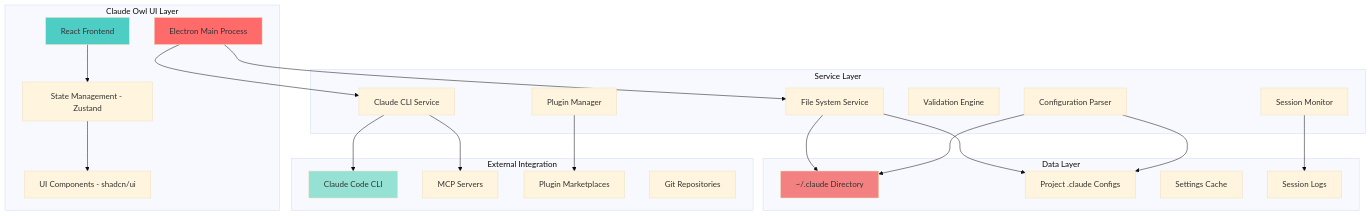
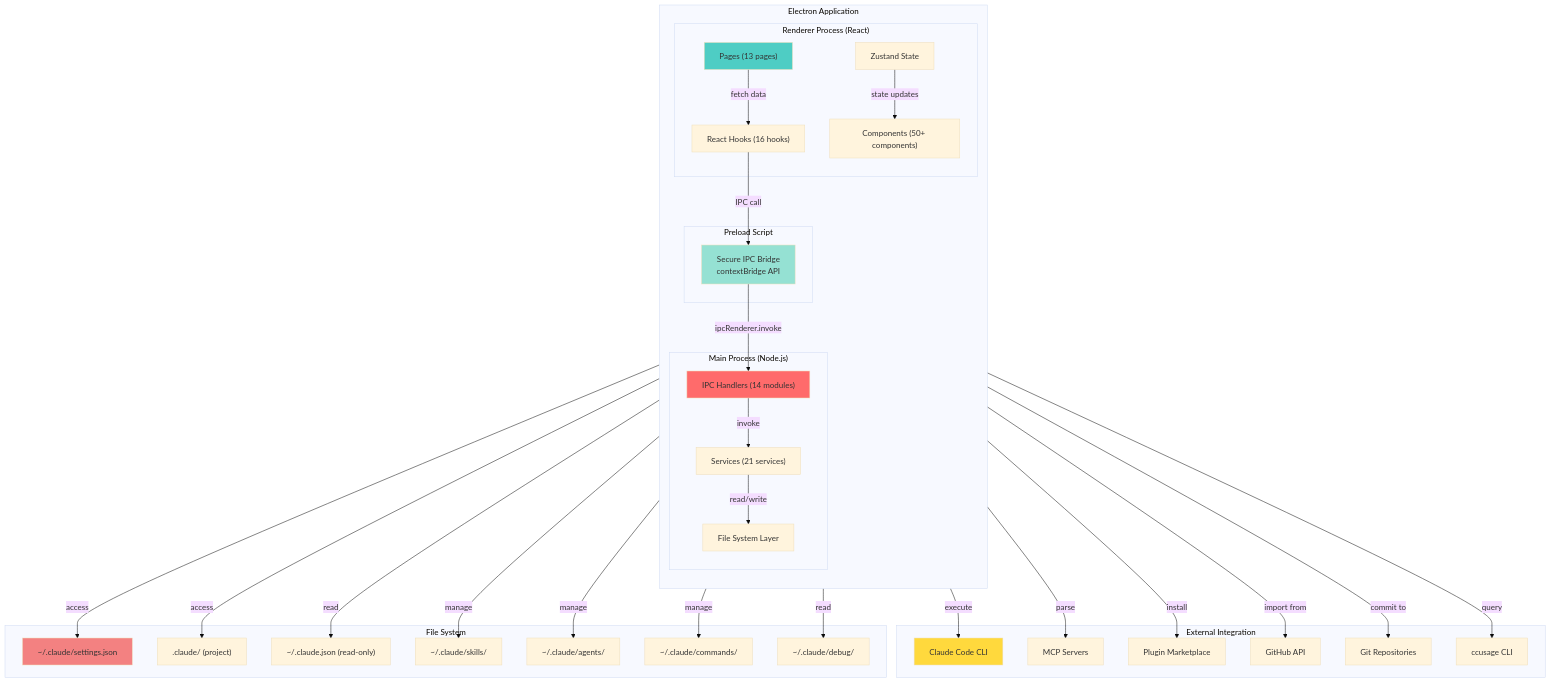
Before and after one commit to antonbelev/claude-owl: the diagram in project-docs/architecture.md, drawn with Mermaid (base theme). The commit also changed other lines of this file and 3 other files, not shown here.

First line of the commit message:
fix(security): implement critical security fixes for Electron configuration and URL validation

````diff
--- a/project-docs/architecture.md
+++ b/project-docs/architecture.md
@@ -24,50 +93,67 @@
 ```mermaid
 graph TB
-    subgraph "Claude Owl UI Layer"
-        A[Electron Main Process]
-        B[React Frontend]
-        C[State Management - Zustand]
-        D[UI Components - shadcn/ui]
-    end
+    subgraph "Electron Application"
+        direction TB
+        subgraph "Main Process (Node.js)"
+            A["IPC Handlers (14 modules)"]
+            B["Services (21 services)"]
+            C["File System Layer"]
+        end
 
-    subgraph "Service Layer"
-        E[File System Service]
-        F[Claude CLI Service]
-        G[Configuration Parser]
-        H[Validation Engine]
-        I[Plugin Manager]
-        J[Session Monitor]
-    end
+        subgraph "Renderer Process (React)"
+            D["Pages (13 pages)"]
+            E["Components (50+ components)"]
+            F["React Hooks (16 hooks)"]
+            G["Zustand State"]
+        end
 
-    subgraph "Data Layer"
-        K[~/.claude Directory]
-        L[Project .claude Configs]
-        M[Settings Cache]
-        N[Session Logs]
+        subgraph "Preload Script"
+            H["Secure IPC Bridge<br/>contextBridge API"]
+        end
     end
 
     subgraph "External Integration"
-        O[Claude Code CLI]
-        P[MCP Servers]
-        Q[Plugin Marketplaces]
-        R[Git Repositories]
+        I["Claude Code CLI"]
+        J["MCP Servers"]
+        K["Plugin Marketplace"]
+        L["GitHub API"]
+        M["Git Repositories"]
+        N["ccusage CLI"]
     end
 
-    B --> C
-    C --> D
-    A --> E
-    A --> F
-    E --> K
-    E --> L
-    F --> O
-    G --> K
-    G --> L
-    I --> Q
-    J --> N
-    F --> P
+    subgraph "File System"
+        O["~/.claude/settings.json"]
+        P[".claude/ (project)"]
+        Q["~/.claude.json (read-only)"]
+        R["~/.claude/skills/"]
+        S["~/.claude/agents/"]
+        T["~/.claude/commands/"]
+        U["~/.claude/debug/"]
+    end
+
+    A -->|invoke| B
+    B -->|read/write| C
+    D -->|fetch data| F
+    F -->|IPC call| H
+    H -->|ipcRenderer.invoke| A
+    G -->|state updates| E
+    B -->|execute| I
+    B -->|parse| J
+    B -->|install| K
+    D -->|import from| L
+    D -->|commit to| M
+    B -->|query| N
+    C -->|access| O
+    C -->|access| P
+    C -->|read| Q
+    C -->|manage| R
+    C -->|manage| S
+    C -->|manage| T
+    C -->|read| U
 
     style A fill:#ff6b6b
-    style B fill:#4ecdc4
-    style O fill:#95e1d3
-    style K fill:#f38181
+    style D fill:#4ecdc4
+    style H fill:#95e1d3
+    style O fill:#f38181
+    style I fill:#ffd93d
 ```
````
